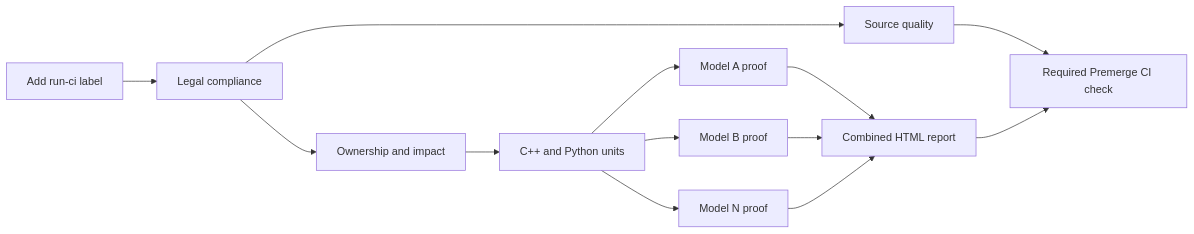
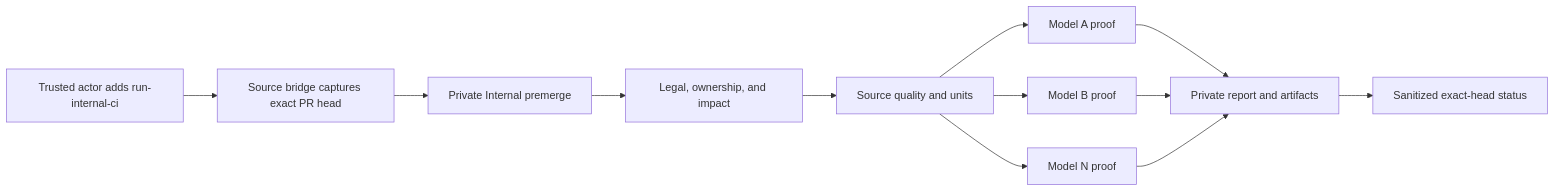
Before and after one commit to AbishekCoder1/TensorRT-Model-Connect: the diagram in tools/ci/README.md, drawn with Mermaid. The commit also changed other lines of this file and 38 other files, not shown here.

````diff
--- a/tools/ci/README.md
+++ b/tools/ci/README.md
@@ -16,15 +17,14 @@
 ```mermaid
 flowchart LR
-    A[Add run-ci label] --> B[Legal compliance]
-    B --> C[Ownership and impact]
-    B --> D[Source quality]
-    C --> E[C++ and Python units]
+    A[Trusted actor adds run-internal-ci] --> B[Source bridge captures exact PR head]
+    B --> C[Private Internal premerge]
+    C --> D[Legal, ownership, and impact]
+    D --> E[Source quality and units]
     E --> F1[Model A proof]
     E --> F2[Model B proof]
     E --> FN[Model N proof]
-    F1 --> G[Combined HTML report]
+    F1 --> G[Private report and artifacts]
     F2 --> G
     FN --> G
-    D --> H[Required Premerge CI check]
-    G --> H
+    G --> H[Sanitized exact-head status]
 ```
````
